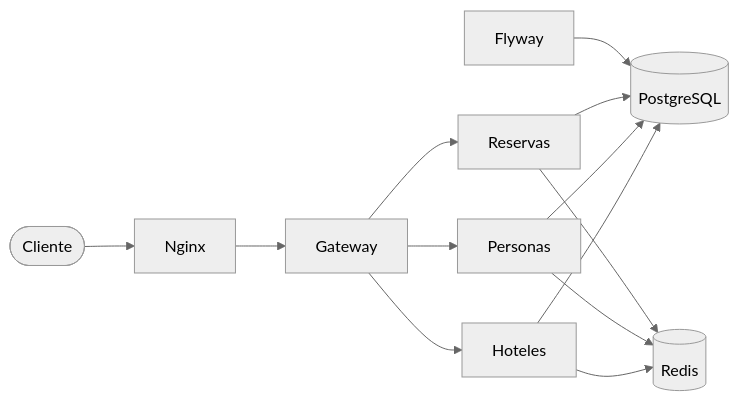
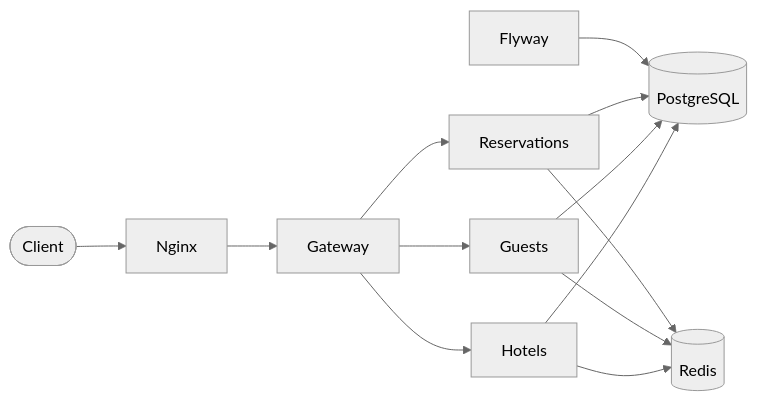
Before and after one commit to Pisonero22/Hotel-Management-Backend-Platform: the diagram in README.md, drawn with Mermaid (neutral theme). The commit also changed other lines of this file, not shown here.

````diff
--- a/README.md
+++ b/README.md
@@ -24,15 +22,15 @@
 ```mermaid
 flowchart LR
-    Client([Cliente]) --> Nginx
+    Client([Client]) --> Nginx
     Nginx --> Gateway
-    Gateway --> Hoteles
-    Gateway --> Personas
-    Gateway --> Reservas
-    Hoteles --> PostgreSQL[(PostgreSQL)]
-    Personas --> PostgreSQL
-    Reservas --> PostgreSQL
-    Hoteles --> Redis[(Redis)]
-    Personas --> Redis
-    Reservas --> Redis
+    Gateway --> Hotels
+    Gateway --> Guests
+    Gateway --> Reservations
+    Hotels --> PostgreSQL[(PostgreSQL)]
+    Guests --> PostgreSQL
+    Reservations --> PostgreSQL
+    Hotels --> Redis[(Redis)]
+    Guests --> Redis
+    Reservations --> Redis
     Flyway --> PostgreSQL
 ```
````
